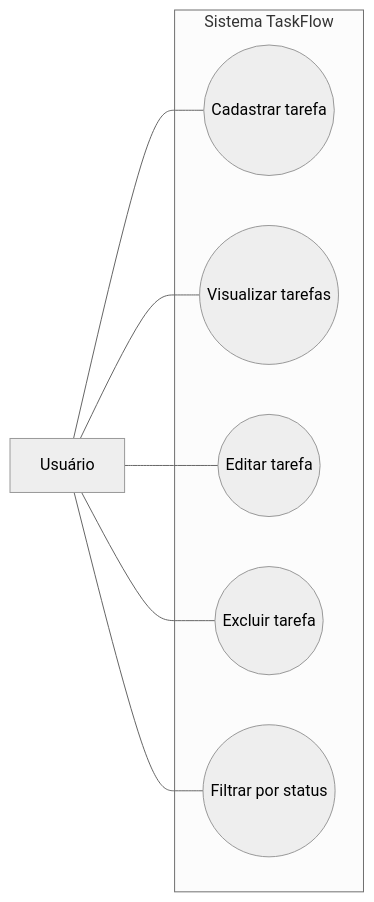
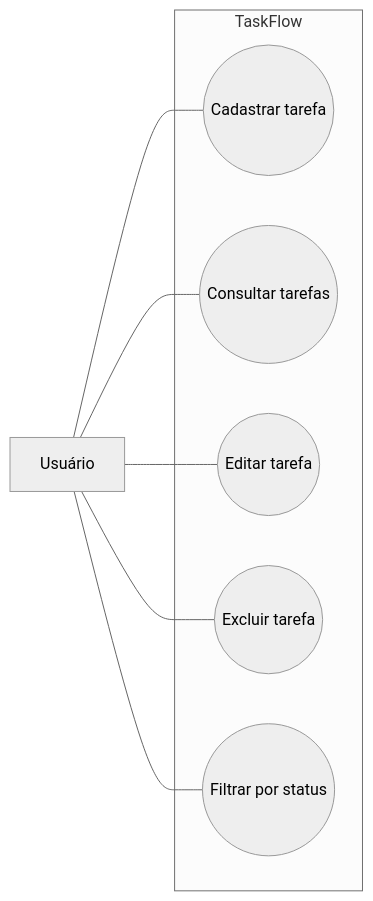
The diagram in docs/casos-de-uso.md (ZazaMs/TaskFlowEad), drawn with Mermaid (neutral theme) before and after one commit. The commit also changed other lines of this file, not shown here.

````diff
--- a/docs/casos-de-uso.md
+++ b/docs/casos-de-uso.md
@@ -5,16 +9,18 @@
 ```mermaid
 flowchart LR
     U[Usuário]
-    subgraph Sistema TaskFlow
-      A((Cadastrar tarefa))
-      B((Visualizar tarefas))
-      C((Editar tarefa))
-      D((Excluir tarefa))
-      E((Filtrar por status))
+
+    subgraph TaskFlow
+        A((Cadastrar tarefa))
+        B((Consultar tarefas))
+        C((Editar tarefa))
+        D((Excluir tarefa))
+        E((Filtrar por status))
     end
+
     U --- A
     U --- B
     U --- C
     U --- D
     U --- E
 ```
````
